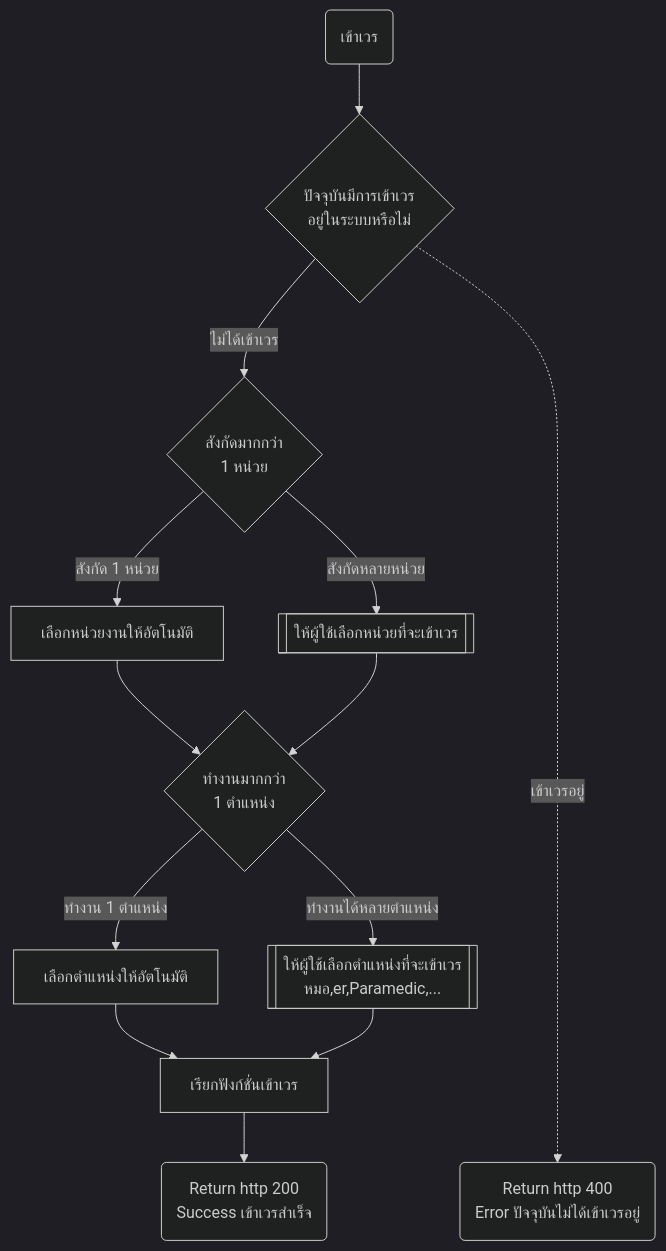
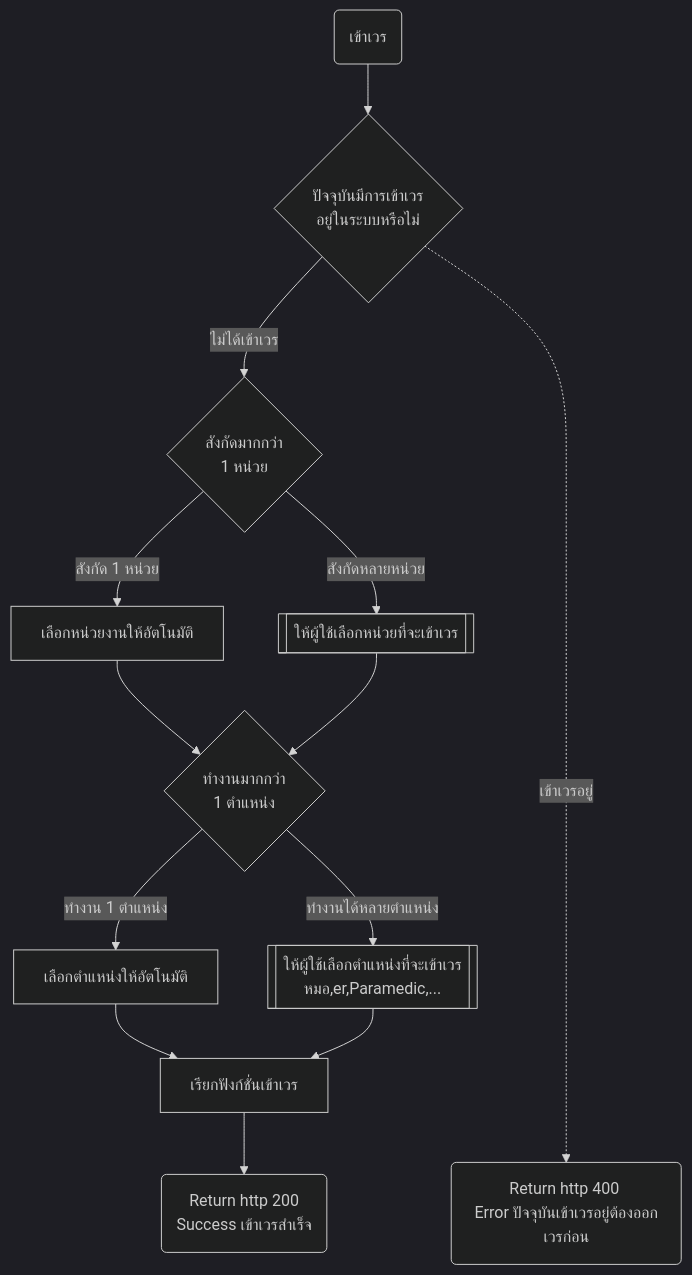
One commit to lionants02/Mi-DEMS changed the second of 3 diagrams in CHECKIN.md. Above: the diagram before and after it, drawn with Mermaid (dark theme).

````diff
--- a/CHECKIN.md
+++ b/CHECKIN.md
@@ -31,24 +31,24 @@
 ```mermaid
 flowchart TD
     s("เข้าเวร")
     s-->check{"ปัจจุบันมีการเข้าเวร\nอยู่ในระบบหรือไม่"}
 
     check-->|"ไม่ได้เข้าเวร"|count_org{"สังกัดมากกว่า\n1 หน่วย"}
-    check-......->|"เข้าเวรอยู่"|return_error("Return http 400 \nError ปัจจุบันไม่ได้เข้าเวรอยู่")
+    check-......->|"เข้าเวรอยู่"|return_error("Return http 400 \nError ปัจจุบันเข้าเวรอยู่ต้องออกเวรก่อน")
 
     count_org-->|"สังกัด 1 หน่วย"|org_one["เลือกหน่วยงานให้อัตโนมัติ"]
     count_org-->|"สังกัดหลายหน่วย"|org_many[["ให้ผู้ใช้เลือกหน่วยที่จะเข้าเวร"]]
 
     count_job{"ทำงานมากกว่า\n1 ตำแหน่ง"}
     org_one-->count_job
     org_many-->count_job
 
     count_job-->|"ทำงาน 1 ตำแหน่ง"|job_one["เลือกตำแหน่งให้อัตโนมัติ"]
     count_job-->|"ทำงานได้หลายตำแหน่ง"|job_many[["ให้ผู้ใช้เลือกตำแหน่งที่จะเข้าเวร\nหมอ,er,Paramedic,..."]]
 
     check_in["เรียกฟังก์ชั่นเข้าเวร"]
     job_one-->check_in
     job_many-->check_in
 
     check_in-->R("Return http 200 \nSuccess เข้าเวรสำเร็จ")
 ```
````
